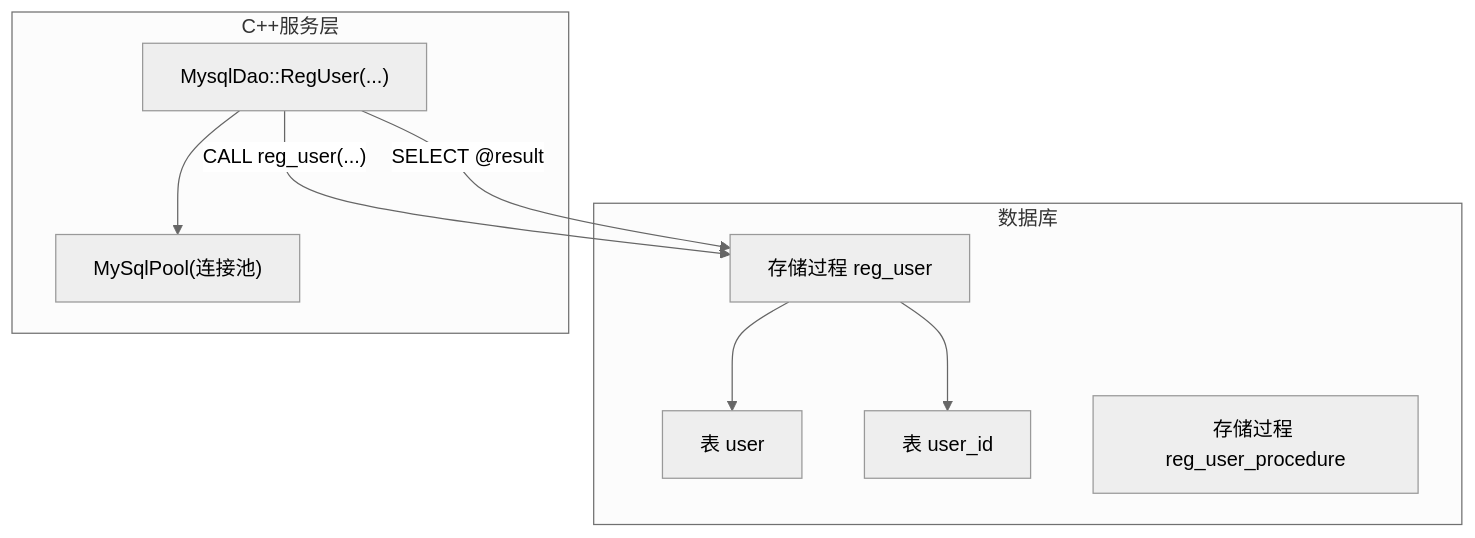
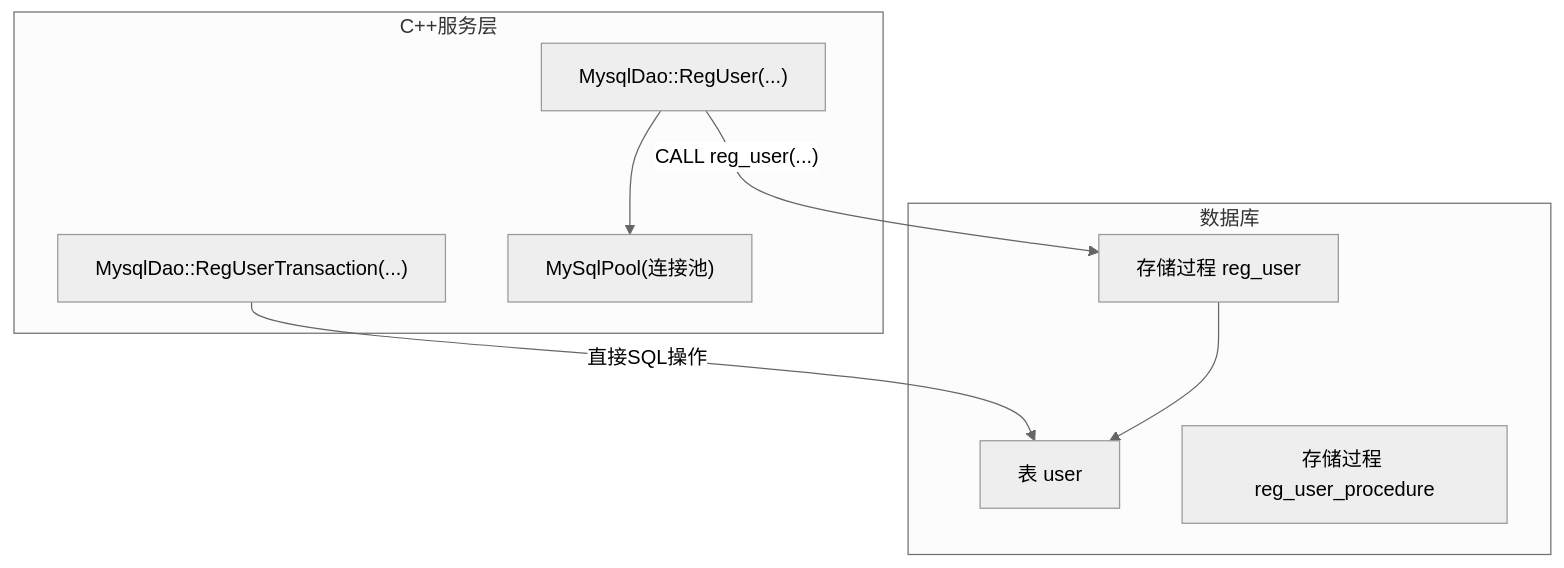
Before and after one commit to echo9923/mychatter: the first of 6 diagrams in .qoder/repowiki/zh/content/数据库设计/数据库表结构/数据库存储过程(reg_user, reg_user_procedure).md, drawn with Mermaid (neutral theme). The commit also changed other lines of this file and 58 other files, not shown here.

````diff
--- a/.qoder/repowiki/zh/content/数据库设计/数据库表结构/数据库存储过程(reg_user, reg_user_procedure).md
+++ b/.qoder/repowiki/zh/content/数据库设计/数据库表结构/数据库存储过程(reg_user, reg_user_procedure).md
@@ -31,18 +40,17 @@
 ```mermaid
 graph TB
 subgraph "数据库"
 U["表 user"]
-UID["表 user_id"]
 P1["存储过程 reg_user"]
 P2["存储过程 reg_user_procedure"]
 end
 subgraph "C++服务层"
 DAO["MysqlDao::RegUser(...)"]
+DAO_TX["MysqlDao::RegUserTransaction(...)"]
 POOL["MySqlPool(连接池)"]
 end
 DAO --> POOL
 DAO --> |"CALL reg_user(...)"| P1
-DAO --> |"SELECT @result"| P1
+DAO_TX --> |"直接SQL操作"| U
 P1 --> U
-P1 --> UID
 ```
````
